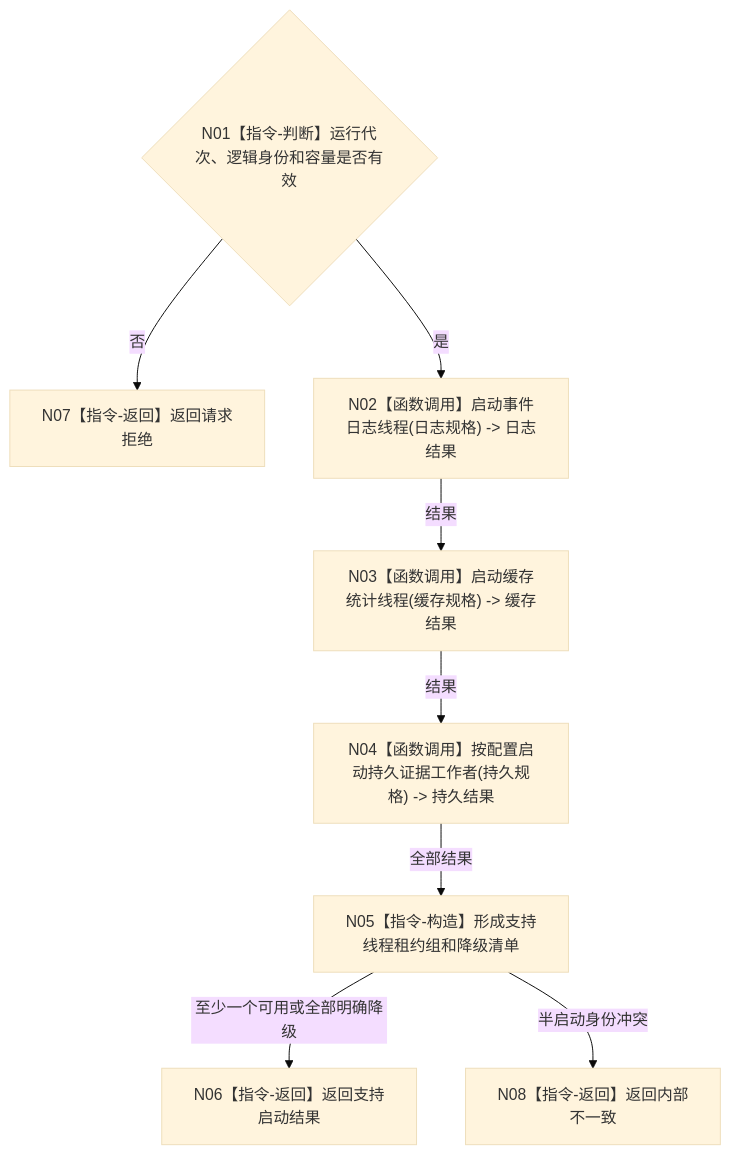
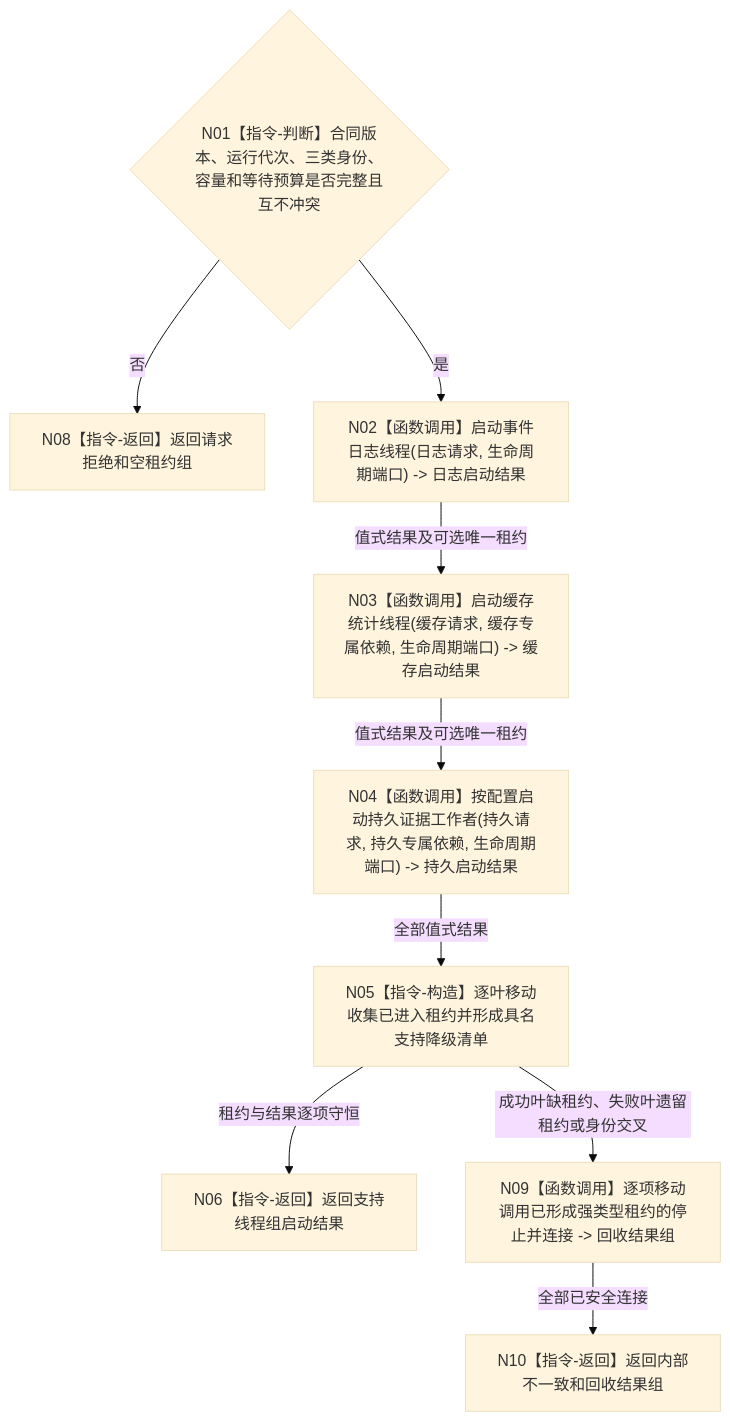
Before and after one commit to chunhaizh-cyber/HY-Ego: the diagram in 流程图/目标业务流程图/L2/BIZ-L2-001-04_启动支持线程组_目标函数流程图_v0.1.md, drawn with Mermaid (base theme). The commit also changed other lines of this file and 13 other files, not shown here.

````diff
--- a/流程图/目标业务流程图/L2/BIZ-L2-001-04_启动支持线程组_目标函数流程图_v0.1.md
+++ b/流程图/目标业务流程图/L2/BIZ-L2-001-04_启动支持线程组_目标函数流程图_v0.1.md
@@ -29,10 +30,11 @@
 ```mermaid
 flowchart TD
-    N01{"N01【指令-判断】运行代次、逻辑身份和容量是否有效"} -->|否| N07["N07【指令-返回】返回请求拒绝"]
-    N01 -->|是| N02["N02【函数调用】启动事件日志线程(日志规格) -> 日志结果"]
-    N02 -->|结果| N03["N03【函数调用】启动缓存统计线程(缓存规格) -> 缓存结果"]
-    N03 -->|结果| N04["N04【函数调用】按配置启动持久证据工作者(持久规格) -> 持久结果"]
-    N04 -->|全部结果| N05["N05【指令-构造】形成支持线程租约组和降级清单"]
-    N05 -->|至少一个可用或全部明确降级| N06["N06【指令-返回】返回支持启动结果"]
-    N05 -->|半启动身份冲突| N08["N08【指令-返回】返回内部不一致"]
+    N01{"N01【指令-判断】合同版本、运行代次、三类身份、容量和等待预算是否完整且互不冲突"} -->|否| N08["N08【指令-返回】返回请求拒绝和空租约组"]
+    N01 -->|是| N02["N02【函数调用】启动事件日志线程(日志请求, 生命周期端口) -> 日志启动结果"]
+    N02 -->|值式结果及可选唯一租约| N03["N03【函数调用】启动缓存统计线程(缓存请求, 缓存专属依赖, 生命周期端口) -> 缓存启动结果"]
+    N03 -->|值式结果及可选唯一租约| N04["N04【函数调用】按配置启动持久证据工作者(持久请求, 持久专属依赖, 生命周期端口) -> 持久启动结果"]
+    N04 -->|全部值式结果| N05["N05【指令-构造】逐叶移动收集已进入租约并形成具名支持降级清单"]
+    N05 -->|租约与结果逐项守恒| N06["N06【指令-返回】返回支持线程组启动结果"]
+    N05 -->|成功叶缺租约、失败叶遗留租约或身份交叉| N09["N09【函数调用】逐项移动调用已形成强类型租约的停止并连接 -> 回收结果组"]
+    N09 -->|全部已安全连接| N10["N10【指令-返回】返回内部不一致和回收结果组"]
 ```
````
